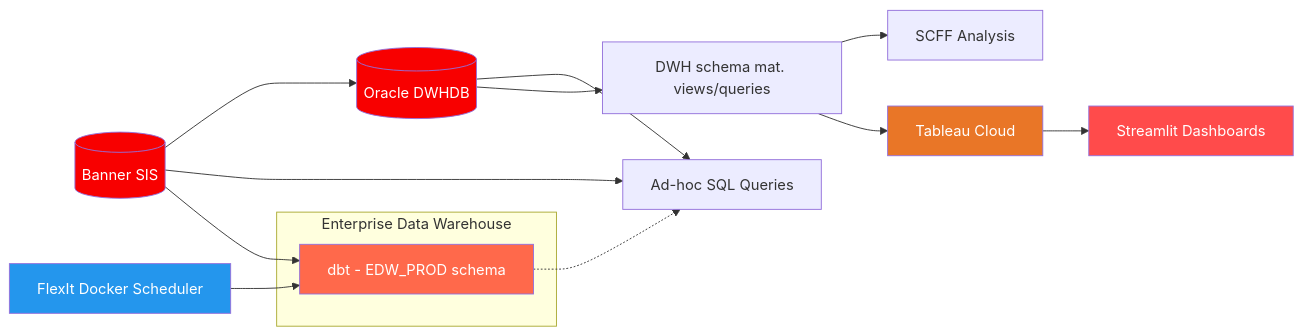
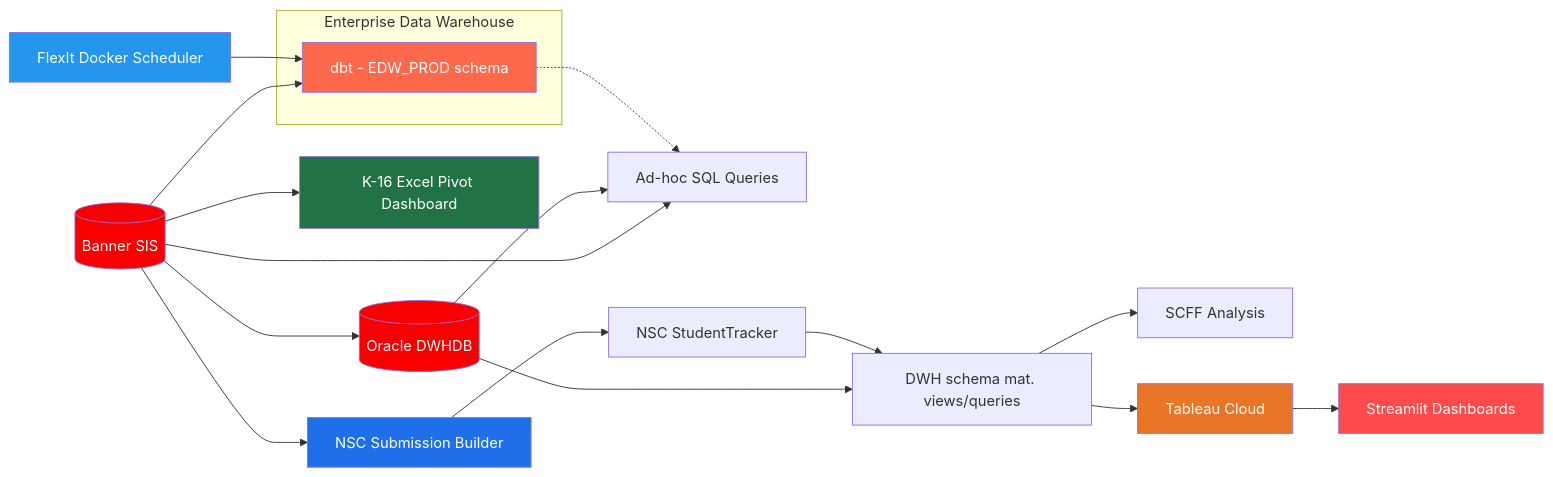
Before and after one commit to nocccd-data/.github: the diagram in profile/README.md, drawn with Mermaid. The commit also changed other lines of this file, not shown here.

Commit message:
docs(profile): add nocccd-k16 and nocccd-nsc repos
Add the two new repos to the Repositories table, extend the
architecture diagram (Banner -> K-16 Excel dashboard; Banner ->
NSC submission -> StudentTracker -> DWH), and add a reporting-
pipelines line to the tech stack.

Claude-Session: https://claude.ai/code/session_01V99Xn3eyDEcpxxQ6J1o6ru

````diff
--- a/profile/README.md
+++ b/profile/README.md
@@ -17,26 +19,33 @@
 ```mermaid
 flowchart LR
     Banner[(Banner SIS)] --> DWHDB[(Oracle DWHDB)]
     Banner --> SQL["Ad-hoc SQL Queries"]
     DWHDB --> SQL
 
     subgraph EDW["Enterprise Data Warehouse"]
         dbt["dbt - EDW_PROD schema"]
     end
 
     Banner --> dbt
     dbt -.-> SQL
     FlexIt["FlexIt Docker Scheduler"] --> dbt
 
     DWHDB --> DWH["DWH schema mat. views/queries"]
     DWH --> SCFF["SCFF Analysis"]
     DWH --> Tableau["Tableau Cloud"]
     Tableau --> Streamlit["Streamlit Dashboards"]
 
+    Banner --> K16["K-16 Excel Pivot Dashboard"]
+    Banner --> NSC["NSC Submission Builder"]
+    NSC --> NSCST["NSC StudentTracker"]
+    NSCST --> DWH
+
     style Banner fill:#F80000,color:#fff
     style DWHDB fill:#F80000,color:#fff
     style dbt fill:#FF694B,color:#fff
     style Tableau fill:#E97627,color:#fff
     style Streamlit fill:#FF4B4B,color:#fff
     style FlexIt fill:#2496ED,color:#fff
+    style K16 fill:#217346,color:#fff
+    style NSC fill:#1F6FEB,color:#fff
 ```
````
